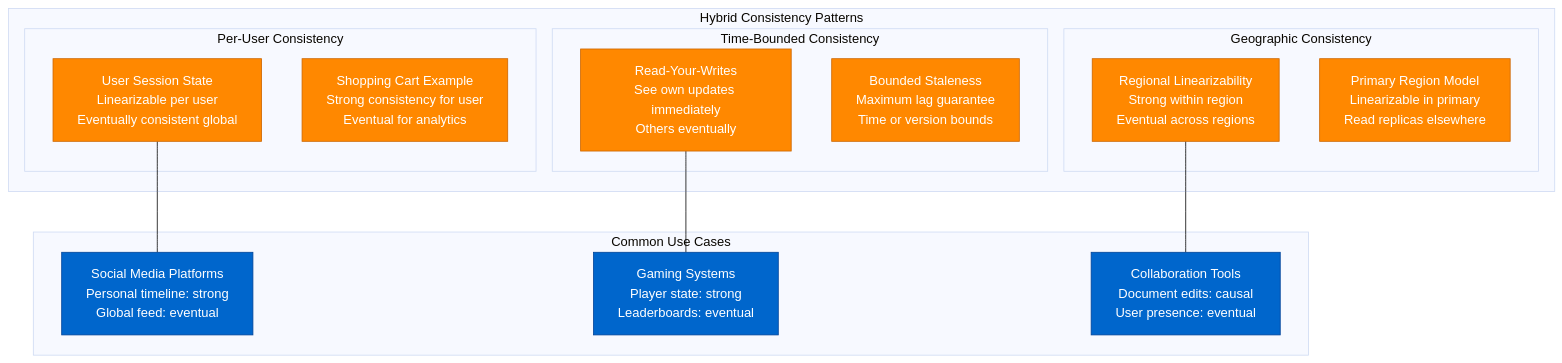
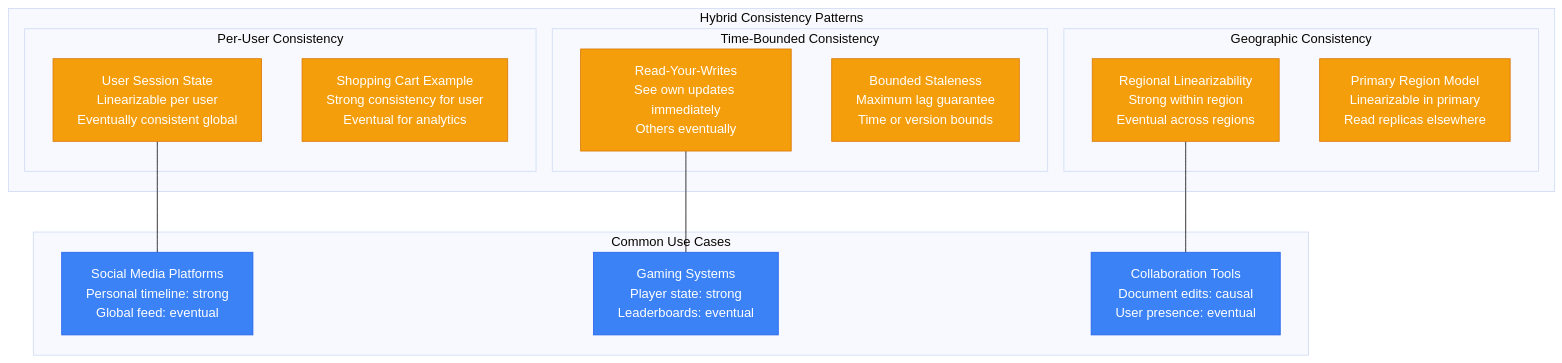
Before and after one commit to deepaucksharma/DS: the tenth of 11 diagrams in site/docs/guarantees/linearizability/linearizability-tradeoffs.md, drawn with Mermaid (base theme). The commit also changed other lines of this file and 303 other files, not shown here.

````diff
--- a/site/docs/guarantees/linearizability/linearizability-tradeoffs.md
+++ b/site/docs/guarantees/linearizability/linearizability-tradeoffs.md
@@ -404,35 +404,35 @@
 ```mermaid
 graph TB
     subgraph HybridPatterns[Hybrid Consistency Patterns]
         subgraph PerUserConsistency[Per-User Consistency]
             PU1[User Session State<br/>Linearizable per user<br/>Eventually consistent global]
             PU2[Shopping Cart Example<br/>Strong consistency for user<br/>Eventual for analytics]
         end
 
         subgraph TimeBoundedConsistency[Time-Bounded Consistency]
             TB1[Read-Your-Writes<br/>See own updates immediately<br/>Others eventually]
             TB2[Bounded Staleness<br/>Maximum lag guarantee<br/>Time or version bounds]
         end
 
         subgraph GeographicConsistency[Geographic Consistency]
             GC1[Regional Linearizability<br/>Strong within region<br/>Eventual across regions]
             GC2[Primary Region Model<br/>Linearizable in primary<br/>Read replicas elsewhere]
         end
     end
 
     subgraph UseCases[Common Use Cases]
         UC1[Social Media Platforms<br/>Personal timeline: strong<br/>Global feed: eventual]
         UC2[Gaming Systems<br/>Player state: strong<br/>Leaderboards: eventual]
         UC3[Collaboration Tools<br/>Document edits: causal<br/>User presence: eventual]
     end
 
     PU1 --- UC1
     TB1 --- UC2
     GC1 --- UC3
 
-    classDef hybridStyle fill:#FF8800,stroke:#CC6600,color:#fff
-    classDef useCaseStyle fill:#0066CC,stroke:#004499,color:#fff
+    classDef hybridStyle fill:#F59E0B,stroke:#D97706,color:#fff
+    classDef useCaseStyle fill:#3B82F6,stroke:#2563EB,color:#fff
 
     class PU1,PU2,TB1,TB2,GC1,GC2 hybridStyle
     class UC1,UC2,UC3 useCaseStyle
 ```
````
